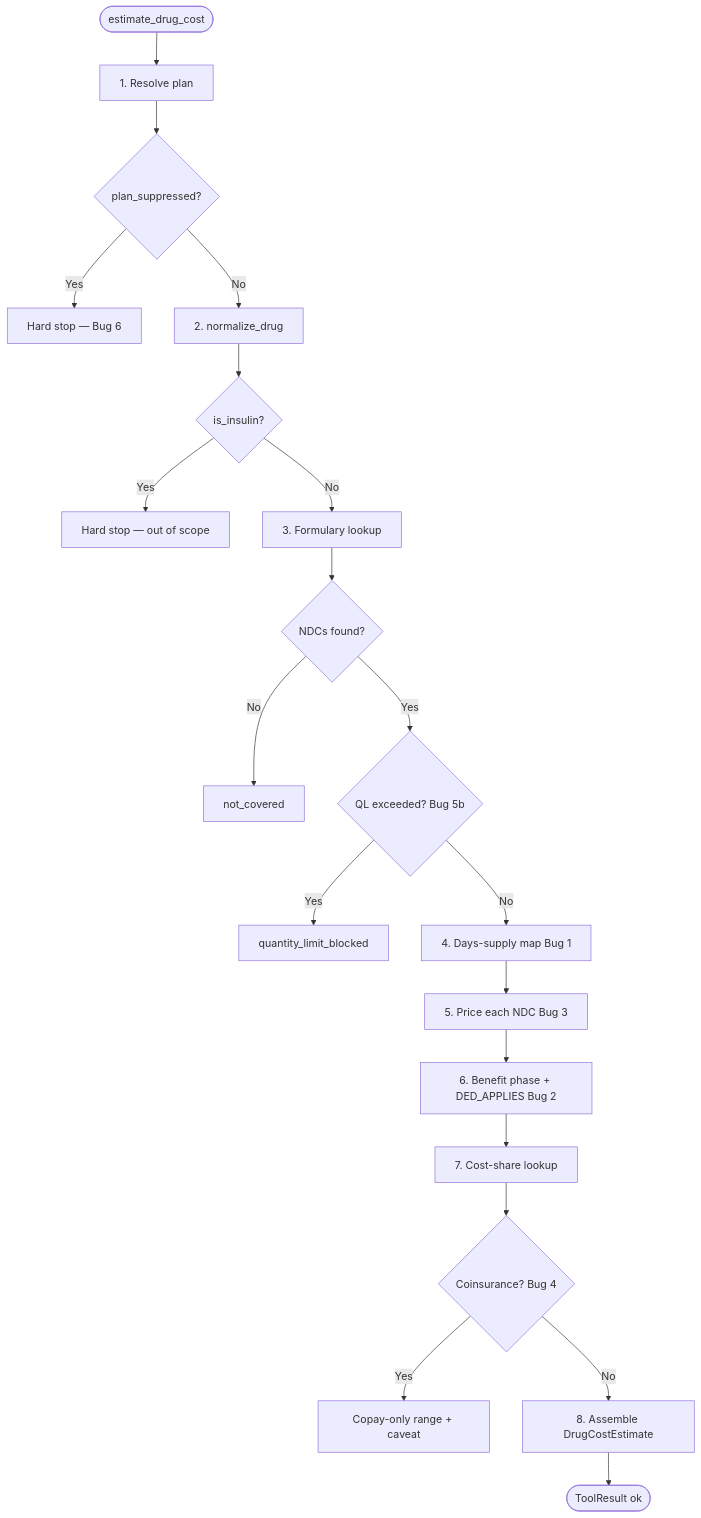
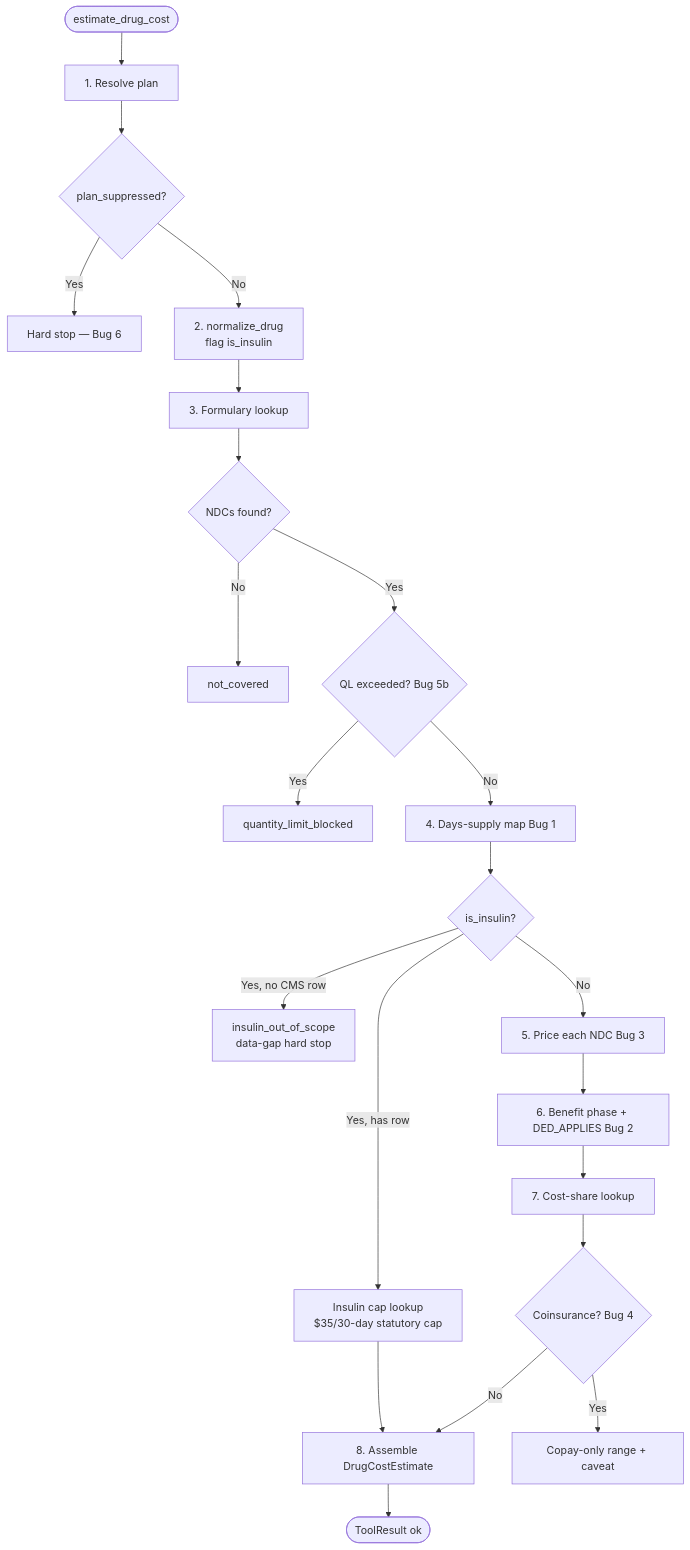
Before and after one commit to SreeCodes2021/Medicare-drug-cost-navigator: the eighth of 11 diagrams in docs/developer-guide.md, drawn with Mermaid. The commit also changed other lines of this file and 55 other files, not shown here.

First line of the commit message:
Add insulin cap billing, mixed baskets, and QA suites (#2)

````diff
--- a/docs/developer-guide.md
+++ b/docs/developer-guide.md
@@ -563,22 +580,24 @@
 ```mermaid
 flowchart TD
     Start([estimate_drug_cost]) --> S1[1. Resolve plan]
     S1 --> Suppressed{plan_suppressed?}
     Suppressed -->|Yes| HS6[Hard stop — Bug 6]
-    Suppressed -->|No| S2[2. normalize_drug]
-    S2 --> Insulin{is_insulin?}
-    Insulin -->|Yes| HSI[Hard stop — out of scope]
-    Insulin -->|No| S3[3. Formulary lookup]
+    Suppressed -->|No| S2[2. normalize_drug<br/>flag is_insulin]
+    S2 --> S3[3. Formulary lookup]
     S3 --> Covered{NDCs found?}
     Covered -->|No| NC[not_covered]
     Covered -->|Yes| QL{QL exceeded? Bug 5b}
     QL -->|Yes| HQL[quantity_limit_blocked]
     QL -->|No| S4[4. Days-supply map Bug 1]
-    S4 --> S5[5. Price each NDC Bug 3]
+    S4 --> Insulin{is_insulin?}
+    Insulin -->|Yes, no CMS row| HSI[insulin_out_of_scope<br/>data-gap hard stop]
+    Insulin -->|Yes, has row| SI[Insulin cap lookup<br/>$35/30-day statutory cap]
+    SI --> S8[8. Assemble DrugCostEstimate]
+    Insulin -->|No| S5[5. Price each NDC Bug 3]
     S5 --> S6[6. Benefit phase + DED_APPLIES Bug 2]
     S6 --> S7[7. Cost-share lookup]
     S7 --> Coin{Coinsurance? Bug 4}
     Coin -->|Yes| RangeNC[Copay-only range + caveat]
-    Coin -->|No| S8[8. Assemble DrugCostEstimate]
+    Coin -->|No| S8
     S8 --> Done([ToolResult ok])
 ```
````
